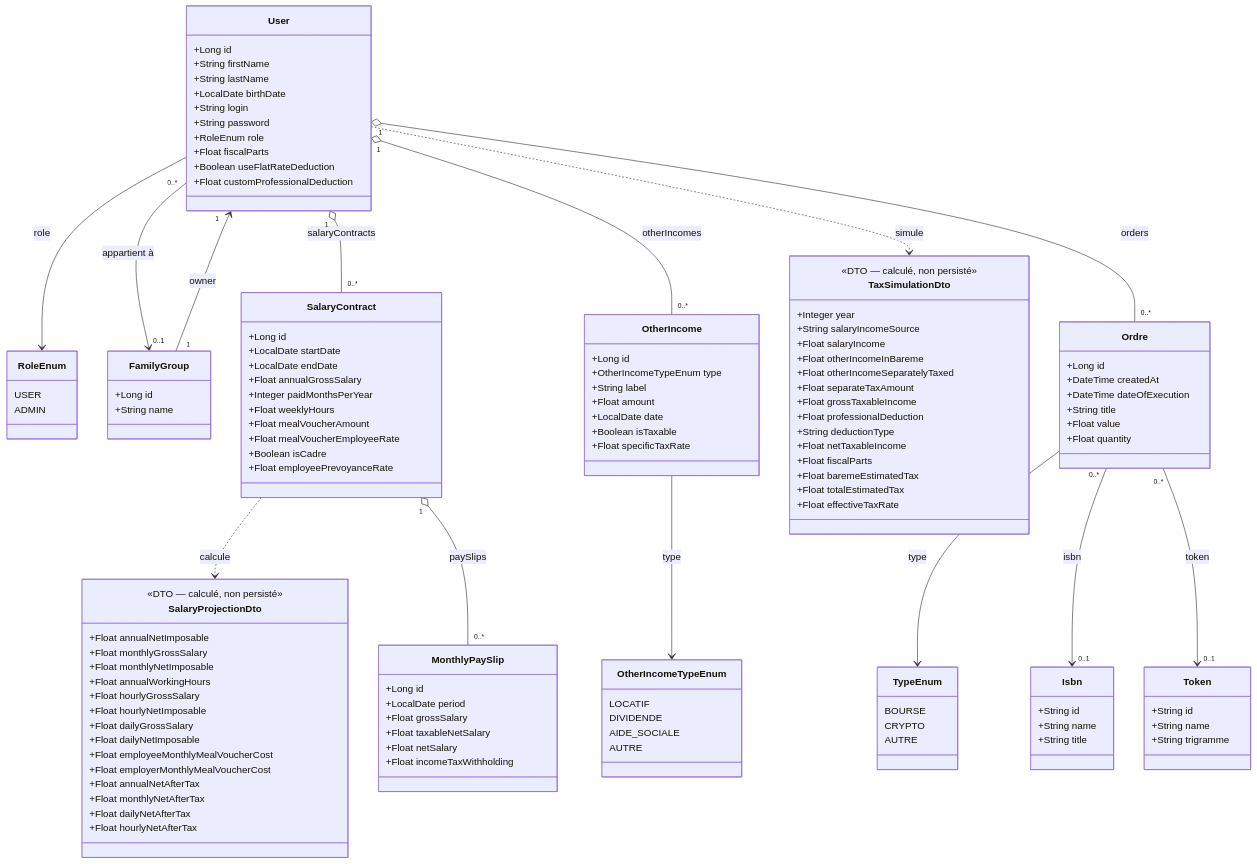
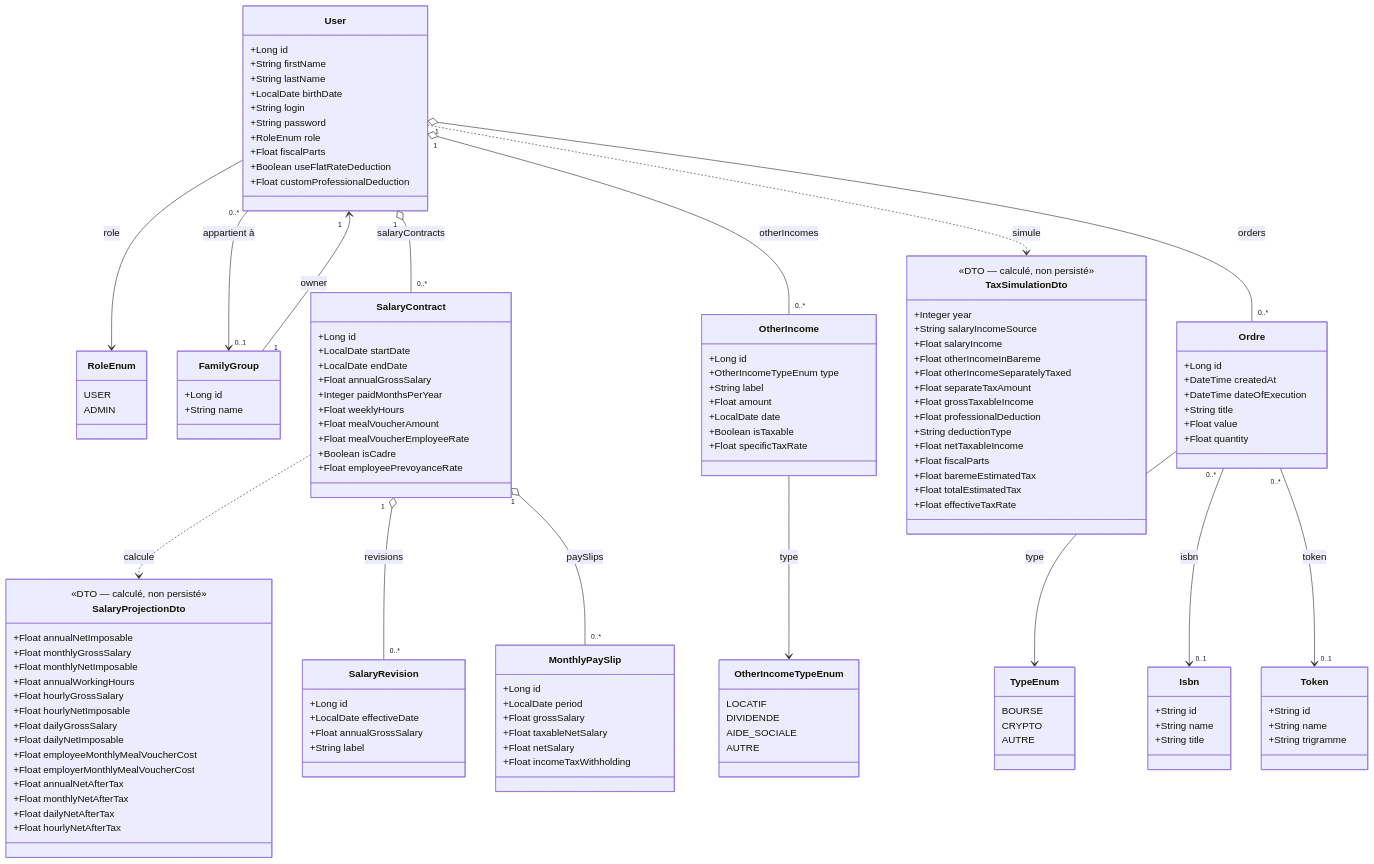
Before and after one commit to Neogost/MyFinance: the diagram in docs/architecture/diagram/class-diagram.mmd, drawn with Mermaid. The commit also changed 5 other files, not shown here.

First line of the commit message:
Fix monthlyNetAfterTax divisor + doc SalaryRevision

```diff
--- a/docs/architecture/diagram/class-diagram.mmd
+++ b/docs/architecture/diagram/class-diagram.mmd
@@ -1,155 +1,164 @@
 classDiagram
 
     %% ── Utilisateurs ──────────────────────────────────────────
     class User {
         +Long id
         +String firstName
         +String lastName
         +LocalDate birthDate
         +String login
         +String password
         +RoleEnum role
         +Float fiscalParts
         +Boolean useFlatRateDeduction
         +Float customProfessionalDeduction
     }
 
     class RoleEnum {
         USER
         ADMIN
     }
 
     class FamilyGroup {
         +Long id
         +String name
     }
 
     %% ── Revenus salariaux — vue théorique ─────────────────────
     class SalaryContract {
         +Long id
         +LocalDate startDate
         +LocalDate endDate
         +Float annualGrossSalary
         +Integer paidMonthsPerYear
         +Float weeklyHours
         +Float mealVoucherAmount
         +Float mealVoucherEmployeeRate
         +Boolean isCadre
         +Float employeePrevoyanceRate
     }
 
     class SalaryProjectionDto {
         <<DTO — calculé, non persisté>>
         +Float annualNetImposable
         +Float monthlyGrossSalary
         +Float monthlyNetImposable
         +Float annualWorkingHours
         +Float hourlyGrossSalary
         +Float hourlyNetImposable
         +Float dailyGrossSalary
         +Float dailyNetImposable
         +Float employeeMonthlyMealVoucherCost
         +Float employerMonthlyMealVoucherCost
         +Float annualNetAfterTax
         +Float monthlyNetAfterTax
         +Float dailyNetAfterTax
         +Float hourlyNetAfterTax
+    }
+
+    %% ── Historique salarial ───────────────────────────────────
+    class SalaryRevision {
+        +Long id
+        +LocalDate effectiveDate
+        +Float annualGrossSalary
+        +String label
     }
 
     %% ── Revenus salariaux — bulletins réels ───────────────────
     class MonthlyPaySlip {
         +Long id
         +LocalDate period
         +Float grossSalary
         +Float taxableNetSalary
         +Float netSalary
         +Float incomeTaxWithholding
     }
 
     %% ── Revenus non salariés ──────────────────────────────────
     class OtherIncome {
         +Long id
         +OtherIncomeTypeEnum type
         +String label
         +Float amount
         +LocalDate date
         +Boolean isTaxable
         +Float specificTaxRate
     }
 
     %% ── Simulateur des impôts ─────────────────────────────────
     class TaxSimulationDto {
         <<DTO — calculé, non persisté>>
         +Integer year
         +String salaryIncomeSource
         +Float salaryIncome
         +Float otherIncomeInBareme
         +Float otherIncomeSeparatelyTaxed
         +Float separateTaxAmount
         +Float grossTaxableIncome
         +Float professionalDeduction
         +String deductionType
         +Float netTaxableIncome
         +Float fiscalParts
         +Float baremeEstimatedTax
         +Float totalEstimatedTax
         +Float effectiveTaxRate
     }
 
     class OtherIncomeTypeEnum {
         LOCATIF
         DIVIDENDE
         AIDE_SOCIALE
         AUTRE
     }
 
     %% ── Ordres / Positions ────────────────────────────────────
     class Ordre {
         +Long id
         +DateTime createdAt
         +DateTime dateOfExecution
         +String title
         +Float value
         +Float quantity
     }
 
     class TypeEnum {
         BOURSE
         CRYPTO
         AUTRE
     }
 
     class Isbn {
         +String id
         +String name
         +String title
     }
 
     class Token {
         +String id
         +String name
         +String trigramme
     }
 
     %% ── Relations utilisateurs ────────────────────────────────
     User --> RoleEnum : role
     User "0..*" --> "0..1" FamilyGroup : appartient à
     FamilyGroup "1" --> "1" User : owner
 
     %% ── Relations revenus salariaux ───────────────────────────
     User "1" o-- "0..*" SalaryContract : salaryContracts
     SalaryContract ..> SalaryProjectionDto : calcule
+    SalaryContract "1" o-- "0..*" SalaryRevision : revisions
     SalaryContract "1" o-- "0..*" MonthlyPaySlip : paySlips
 
     %% ── Relations revenus non salariés ───────────────────────
     User "1" o-- "0..*" OtherIncome : otherIncomes
     OtherIncome --> OtherIncomeTypeEnum : type
 
     %% ── Relations simulateur des impôts ───────────────────────
     User ..> TaxSimulationDto : simule
 
     %% ── Relations ordres ──────────────────────────────────────
     User "1" o-- "0..*" Ordre : orders
     Ordre --> TypeEnum : type
     Ordre "0..*" --> "0..1" Isbn : isbn
     Ordre "0..*" --> "0..1" Token : token
```
